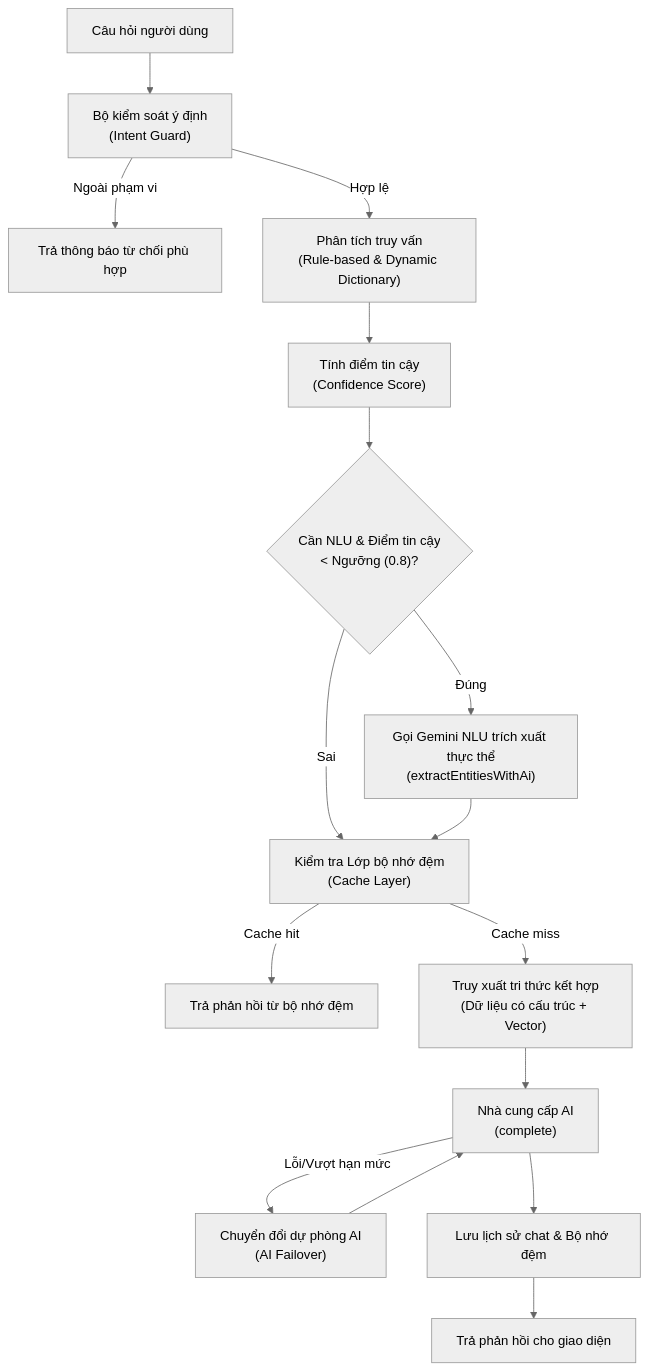
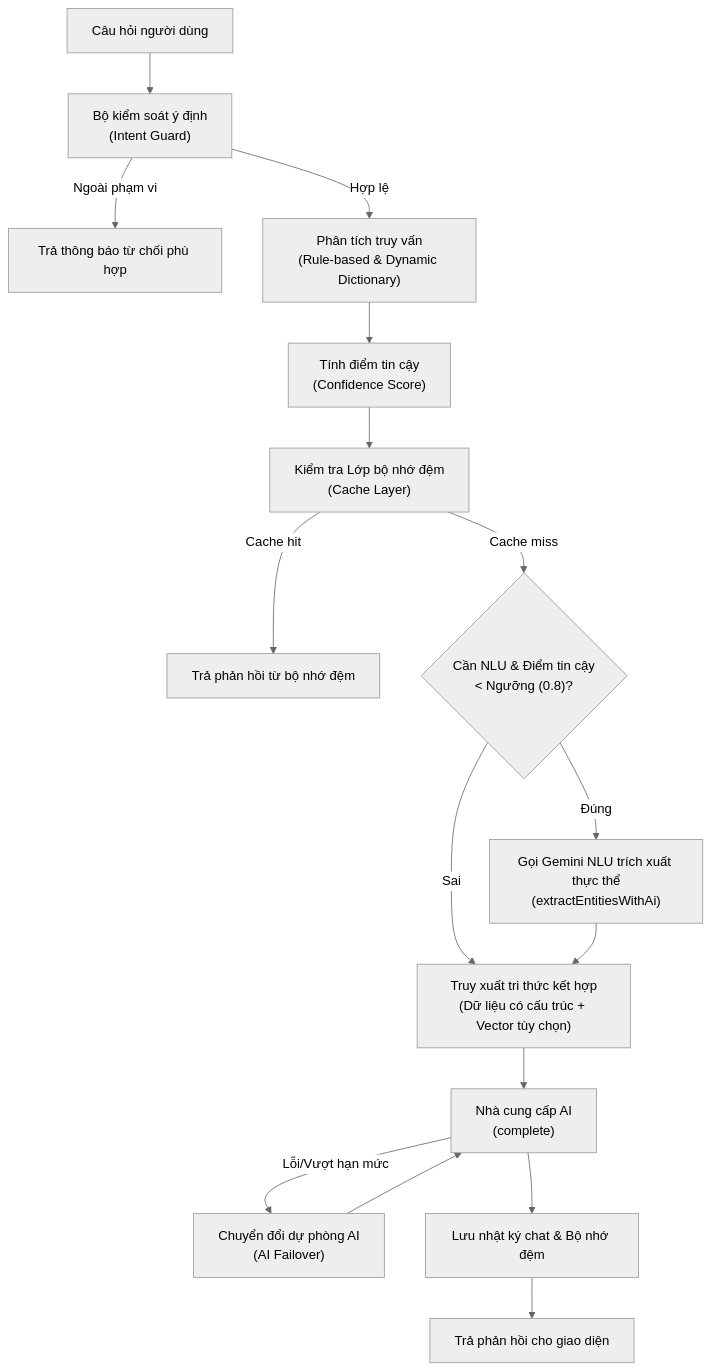
Before and after one commit to TayDuyNguyen/DATN_Document: the seventh of 9 diagrams in bao-cao-do-an-danangtrip-md/03_chuong_2_phan_tich_thiet_ke_he_thong.md, drawn with Mermaid (neutral theme). The commit also changed other lines of this file and 5 other files, not shown here.

````diff
--- a/bao-cao-do-an-danangtrip-md/03_chuong_2_phan_tich_thiet_ke_he_thong.md
+++ b/bao-cao-do-an-danangtrip-md/03_chuong_2_phan_tich_thiet_ke_he_thong.md
@@ -482,18 +482,18 @@
 ```mermaid
 flowchart TD
     A["Câu hỏi người dùng"] --> B["Bộ kiểm soát ý định\n(Intent Guard)"]
     B -->|Ngoài phạm vi| C["Trả thông báo từ chối phù hợp"]
     B -->|Hợp lệ| D["Phân tích truy vấn\n(Rule-based & Dynamic Dictionary)"]
     D --> E["Tính điểm tin cậy\n(Confidence Score)"]
-    E --> F{"Cần NLU & Điểm tin cậy\n< Ngưỡng (0.8)?"}
+    E --> H["Kiểm tra Lớp bộ nhớ đệm\n(Cache Layer)"]
+    H -->|Cache hit| I["Trả phản hồi từ bộ nhớ đệm"]
+    H -->|Cache miss| F{"Cần NLU & Điểm tin cậy\n< Ngưỡng (0.8)?"}
     F -->|Đúng| G["Gọi Gemini NLU trích xuất thực thể\n(extractEntitiesWithAi)"]
-    F -->|Sai| H["Kiểm tra Lớp bộ nhớ đệm\n(Cache Layer)"]
-    G --> H
-    H -->|Cache hit| I["Trả phản hồi từ bộ nhớ đệm"]
-    H -->|Cache miss| J["Truy xuất tri thức kết hợp\n(Dữ liệu có cấu trúc + Vector)"]
+    F -->|Sai| J["Truy xuất tri thức kết hợp\n(Dữ liệu có cấu trúc + Vector tùy chọn)"]
+    G --> J
     J --> K["Nhà cung cấp AI\n(complete)"]
     K -->|Lỗi/Vượt hạn mức| L["Chuyển đổi dự phòng AI\n(AI Failover)"]
     L --> K
-    K --> M["Lưu lịch sử chat & Bộ nhớ đệm"]
+    K --> M["Lưu nhật ký chat & Bộ nhớ đệm"]
     M --> N["Trả phản hồi cho giao diện"]
 ```
````
